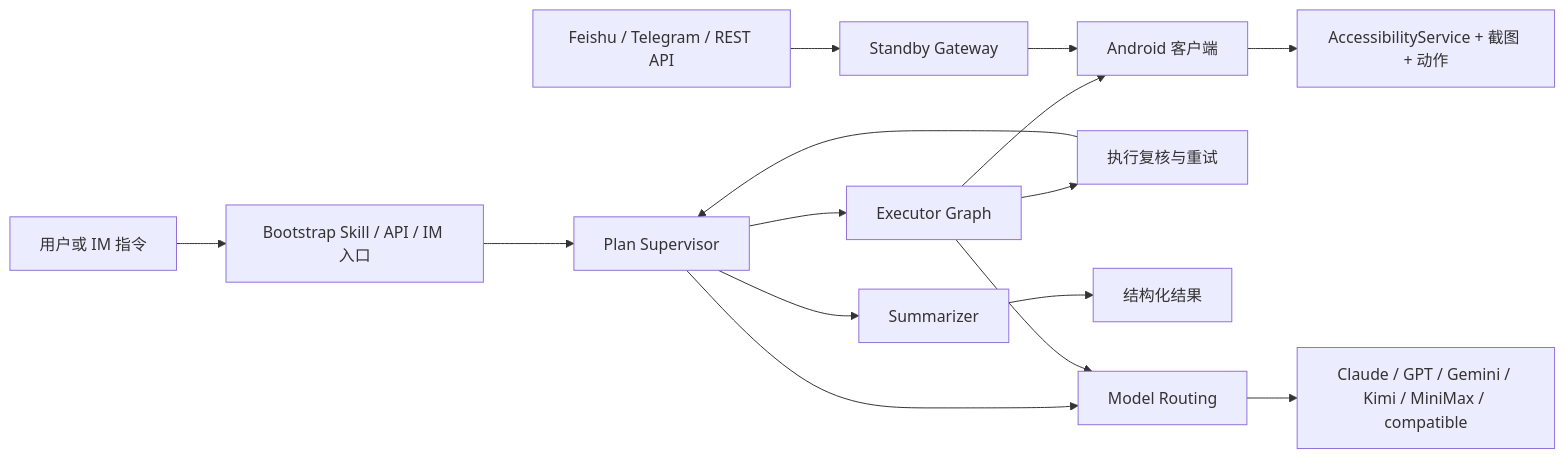
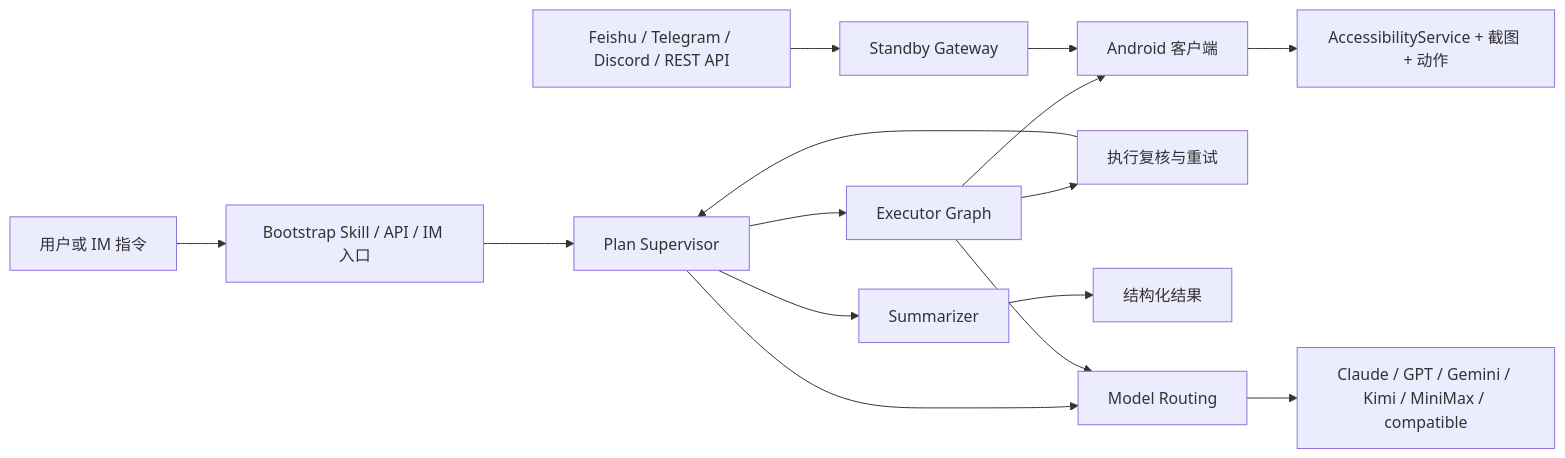
One commit to Core-Mate/OpenGUI changed the diagram in README.zh-CN.md. Above: the diagram before and after it, drawn with Mermaid. The commit also changed other lines of this file and 19 other files, not shown here.

````diff
--- a/README.zh-CN.md
+++ b/README.zh-CN.md
@@ -160,21 +166,21 @@
 ```mermaid
 flowchart LR
     U["用户或 IM 指令"] --> BS["Bootstrap Skill / API / IM 入口"]
     BS --> SP["Plan Supervisor"]
 
     SP --> EX["Executor Graph"]
     EX --> AC["Android 客户端"]
     AC --> GX["AccessibilityService + 截图 + 动作"]
     EX --> RV["执行复核与重试"]
     RV --> SP
 
     SP --> SM["Summarizer"]
     SM --> SR["结构化结果"]
 
-    RD["Feishu / Telegram / REST API"] --> ST["Standby Gateway"]
+    RD["Feishu / Telegram / Discord / REST API"] --> ST["Standby Gateway"]
     ST --> AC
 
     SP --> MR["Model Routing"]
     MR --> MA["Claude / GPT / Gemini / Kimi / MiniMax / compatible"]
     EX --> MR
 ```
````
